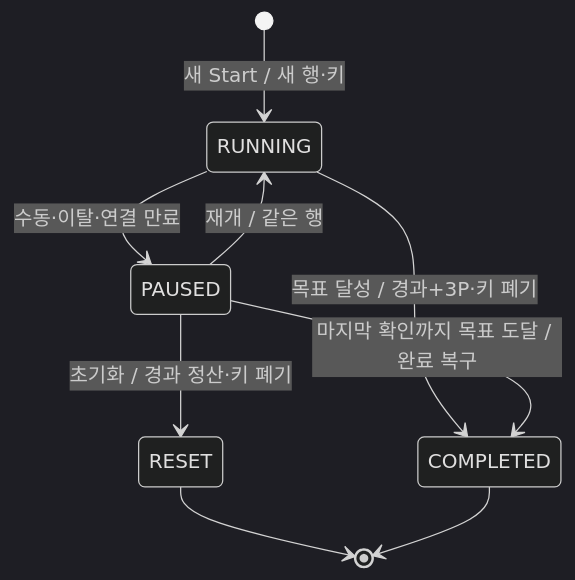
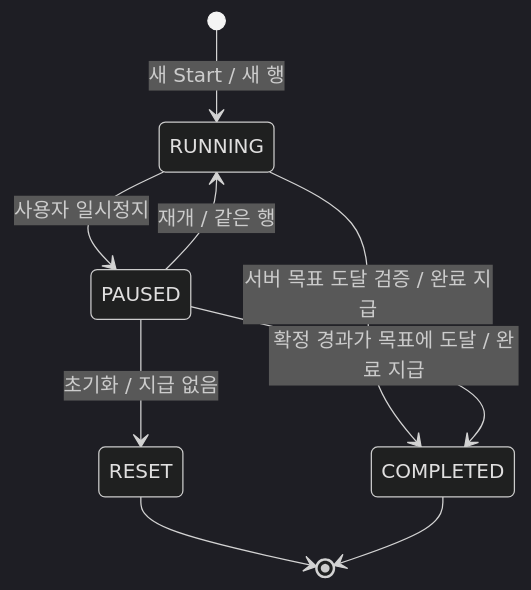
Before and after one commit to codeit-fs-16-part2-team1/forest-of-study: the second of 2 diagrams in docs/DB.md, drawn with Mermaid (dark theme). The commit also changed other lines of this file and 8 other files, not shown here.

````diff
--- a/docs/DB.md
+++ b/docs/DB.md
@@ -239,11 +213,11 @@
 ```mermaid
 stateDiagram-v2
-    [*] --> RUNNING: 새 Start / 새 행·키
-    RUNNING --> PAUSED: 수동·이탈·연결 만료
+    [*] --> RUNNING: 새 Start / 새 행
+    RUNNING --> PAUSED: 사용자 일시정지
     PAUSED --> RUNNING: 재개 / 같은 행
-    PAUSED --> RESET: 초기화 / 경과 정산·키 폐기
-    RUNNING --> COMPLETED: 목표 달성 / 경과+3P·키 폐기
-    PAUSED --> COMPLETED: 마지막 확인까지 목표 도달 / 완료 복구
+    PAUSED --> RESET: 초기화 / 지급 없음
+    RUNNING --> COMPLETED: 서버 목표 도달 검증 / 완료 지급
+    PAUSED --> COMPLETED: 확정 경과가 목표에 도달 / 완료 지급
     RESET --> [*]
     COMPLETED --> [*]
 ```
````
